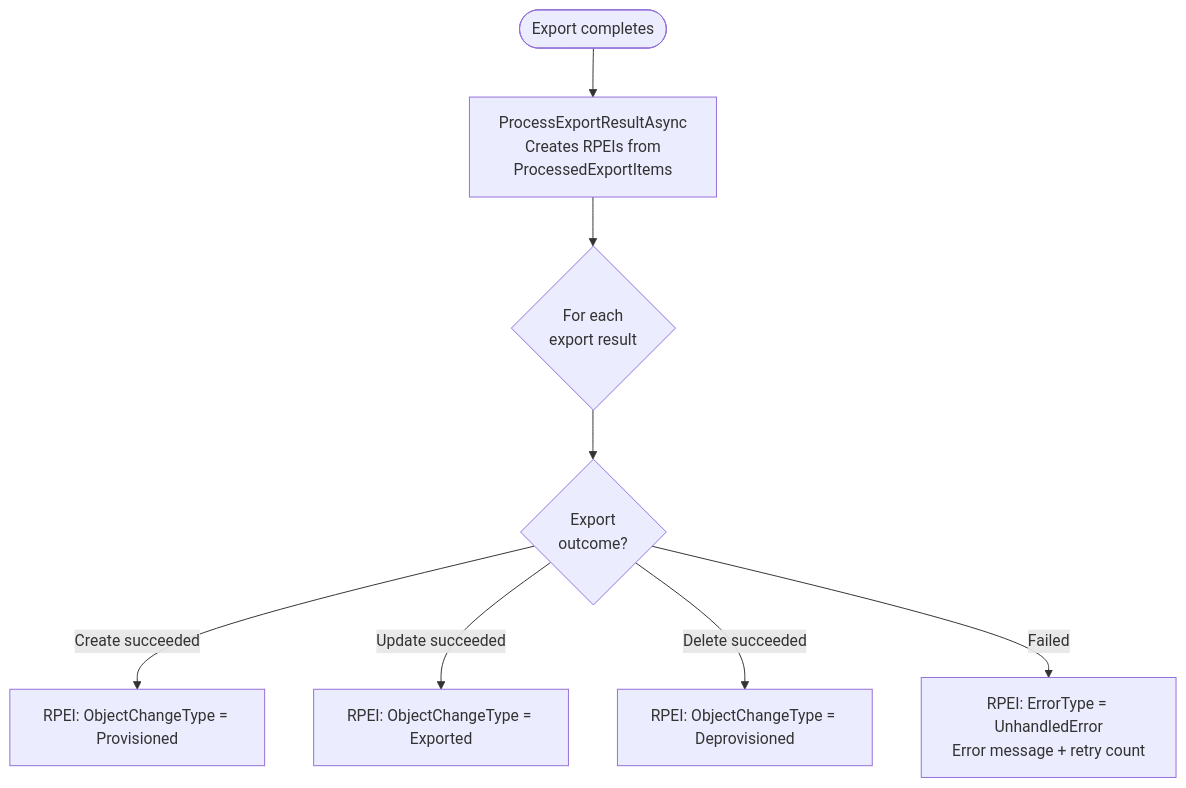
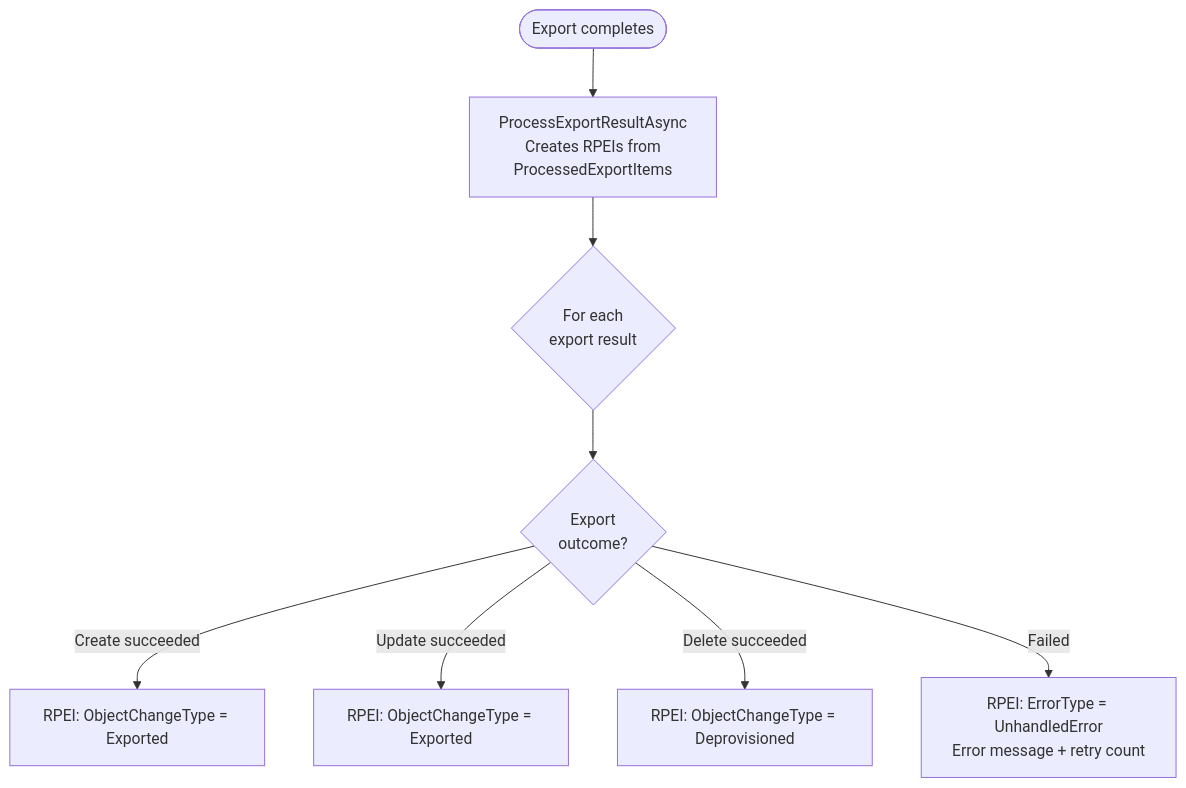
The fourth of 6 diagrams in docs/diagrams/mermaid/ACTIVITY_AND_RPEI_FLOW.md (TetronIO/JIM), drawn with Mermaid before and after one commit. The commit also changed 3 other files, not shown here.

First line of the commit message:
docs: Update diagrams and plan to reflect Provisioned consolidation

````diff
--- a/docs/diagrams/mermaid/ACTIVITY_AND_RPEI_FLOW.md
+++ b/docs/diagrams/mermaid/ACTIVITY_AND_RPEI_FLOW.md
@@ -112,12 +112,12 @@
 ```mermaid
 flowchart TD
     ExportStart([Export completes]) --> ProcessResults[ProcessExportResultAsync<br/>Creates RPEIs from<br/>ProcessedExportItems]
 
     ProcessResults --> PerExport{For each<br/>export result}
 
     PerExport --> Outcome{Export<br/>outcome?}
-    Outcome -->|Create succeeded| ProvRPEI[RPEI: ObjectChangeType = Provisioned]
+    Outcome -->|Create succeeded| ProvRPEI[RPEI: ObjectChangeType = Exported]
     Outcome -->|Update succeeded| ExpRPEI[RPEI: ObjectChangeType = Exported]
     Outcome -->|Delete succeeded| DeprovRPEI[RPEI: ObjectChangeType = Deprovisioned]
     Outcome -->|Failed| FailRPEI[RPEI: ErrorType = UnhandledError<br/>Error message + retry count]
 ```
````
